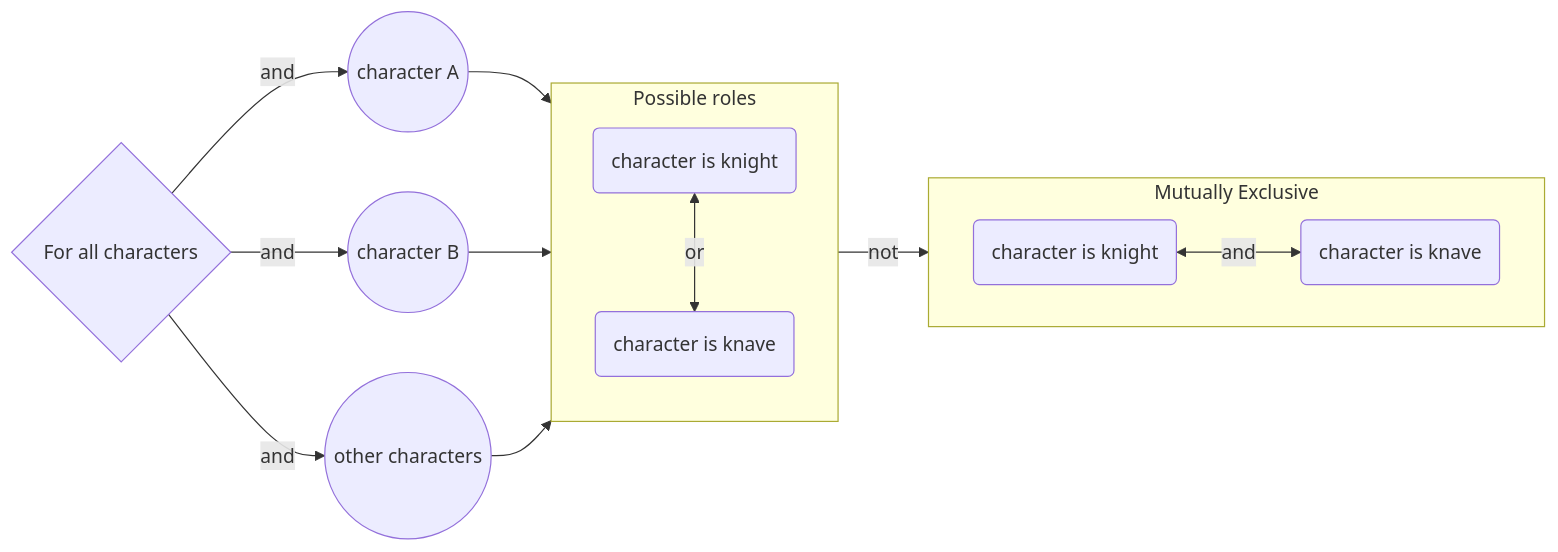
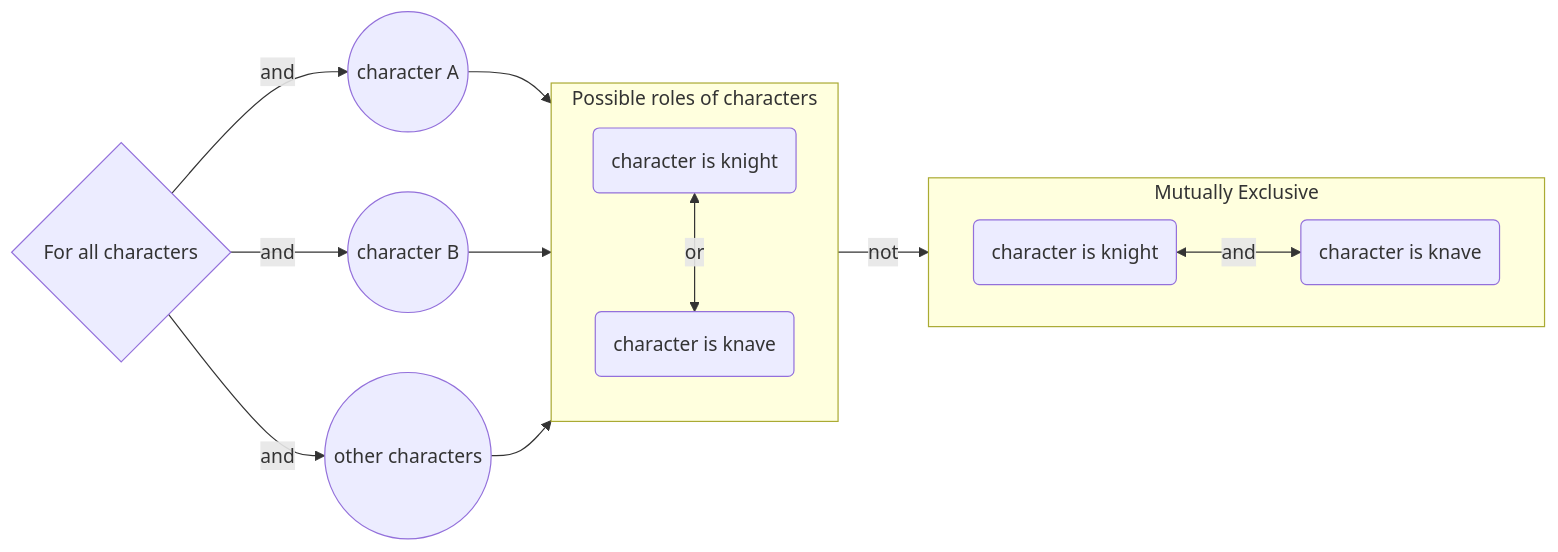
One commit to zihanshen0112-collab/CS50AI changed the first of 7 diagrams in week1/README.md. Above: the diagram before and after it, drawn with Mermaid.

Commit message:
solving the issue of graphs not display

````diff
--- a/week1/README.md
+++ b/week1/README.md
@@ -79,19 +79,19 @@
 ```mermaid
 graph LR
 A{For all characters} -- and --> B((character A))
 A -- and --> C((character B))
 A -- and --> D((other characters))
-    subgraph Cp[Possible roles]
+    subgraph Cp[Possible roles of characters]
         direction TD
-        E(character is knight) <--> |or| F(character is knave)
+        E1(character is knight) <-->|or| F1(character is knave)
     end
 B --> Cp
 C --> Cp
 D --> Cp
         
     subgraph Bgl[Mutually Exclusive]
         direction LR
         G(character is knight) <-->|and| H(character is knave)
     end
 Cp -- not --> Bgl
 ```
````
